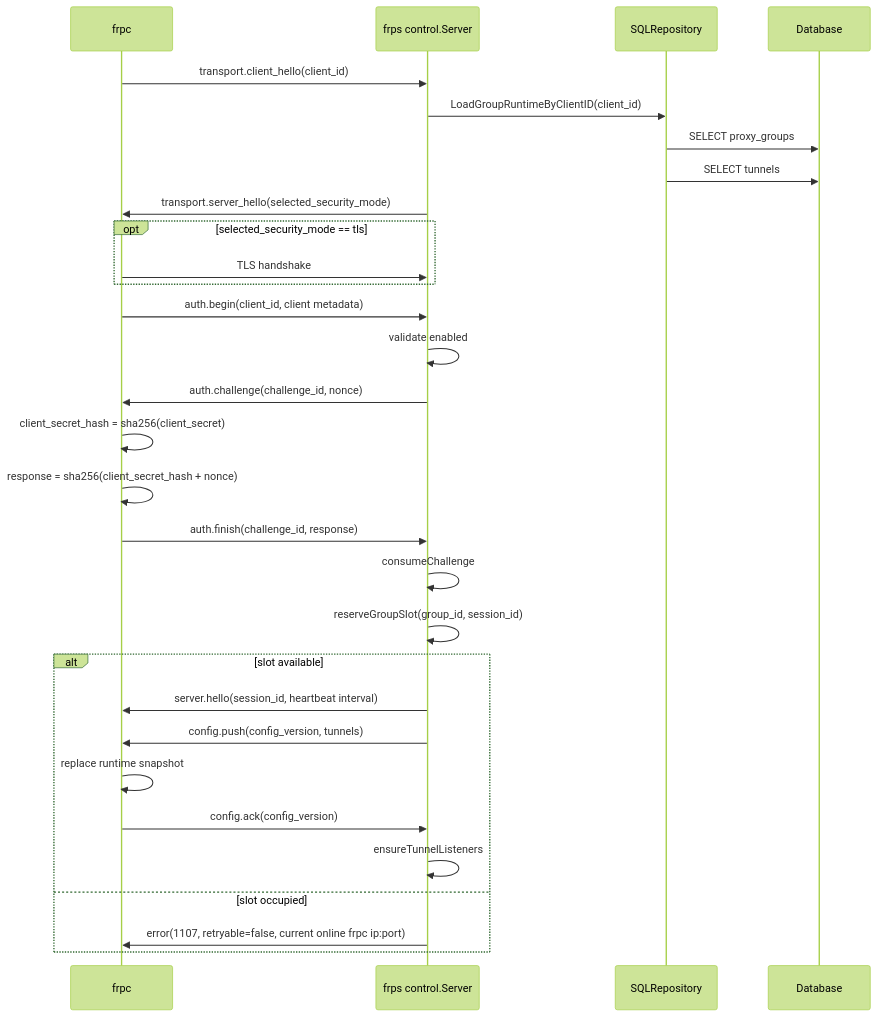
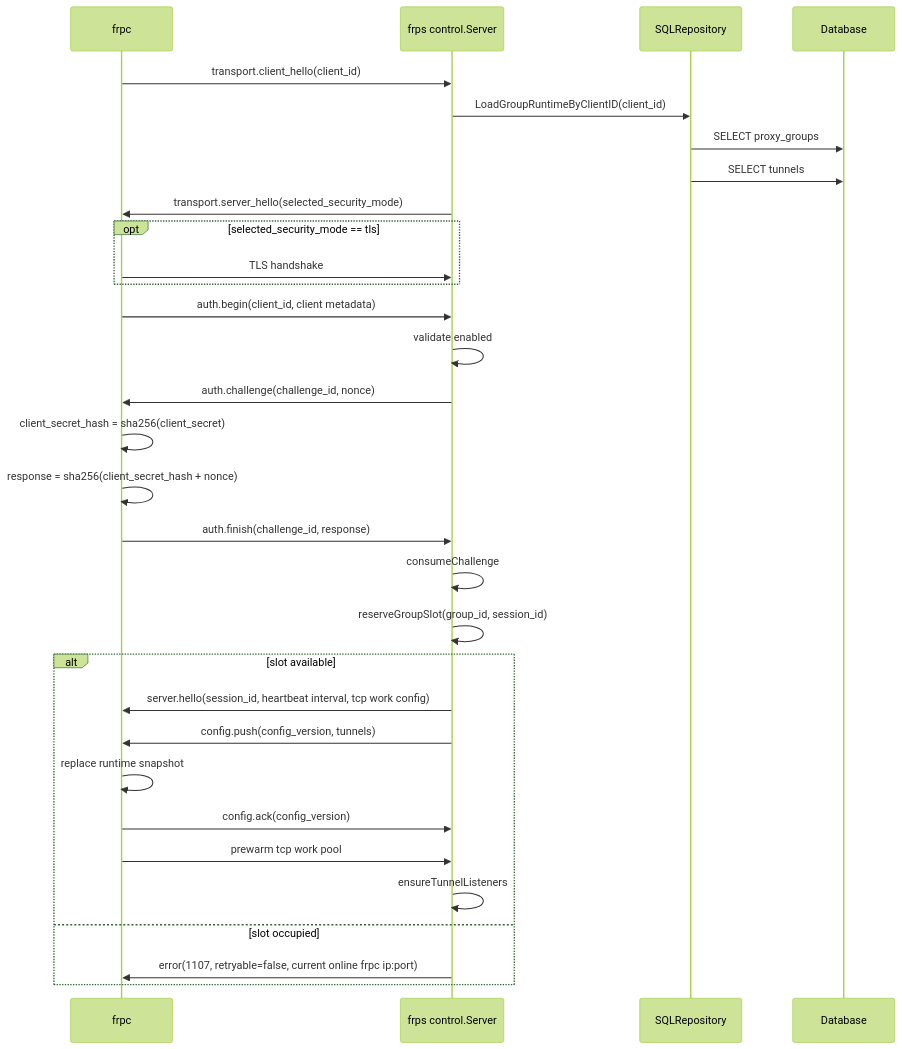
One commit to Zightch/frp changed the fourth of 6 diagrams in docs/frps-frpc-current-architecture.md. Above: the diagram before and after it, drawn with Mermaid (forest theme). The commit also changed other lines of this file and 20 other files, not shown here.

Commit message:
refactor: finalize tcp work data plane cleanup

````diff
--- a/docs/frps-frpc-current-architecture.md
+++ b/docs/frps-frpc-current-architecture.md
@@ -134,33 +141,34 @@
 ```mermaid
 sequenceDiagram
     participant C as frpc
     participant S as frps control.Server
     participant R as SQLRepository
     participant D as Database
 
     C->>S: transport.client_hello(client_id)
     S->>R: LoadGroupRuntimeByClientID(client_id)
     R->>D: SELECT proxy_groups
     R->>D: SELECT tunnels
     S->>C: transport.server_hello(selected_security_mode)
     opt selected_security_mode == tls
         C->>S: TLS handshake
     end
     C->>S: auth.begin(client_id, client metadata)
     S->>S: validate enabled
     S->>C: auth.challenge(challenge_id, nonce)
     C->>C: client_secret_hash = sha256(client_secret)
     C->>C: response = sha256(client_secret_hash + nonce)
     C->>S: auth.finish(challenge_id, response)
     S->>S: consumeChallenge
     S->>S: reserveGroupSlot(group_id, session_id)
     alt slot available
-        S->>C: server.hello(session_id, heartbeat interval)
+        S->>C: server.hello(session_id, heartbeat interval, tcp work config)
         S->>C: config.push(config_version, tunnels)
         C->>C: replace runtime snapshot
         C->>S: config.ack(config_version)
+        C->>S: prewarm tcp work pool
         S->>S: ensureTunnelListeners
     else slot occupied
         S->>C: error(1107, retryable=false, current online frpc ip:port)
     end
 ```
````
